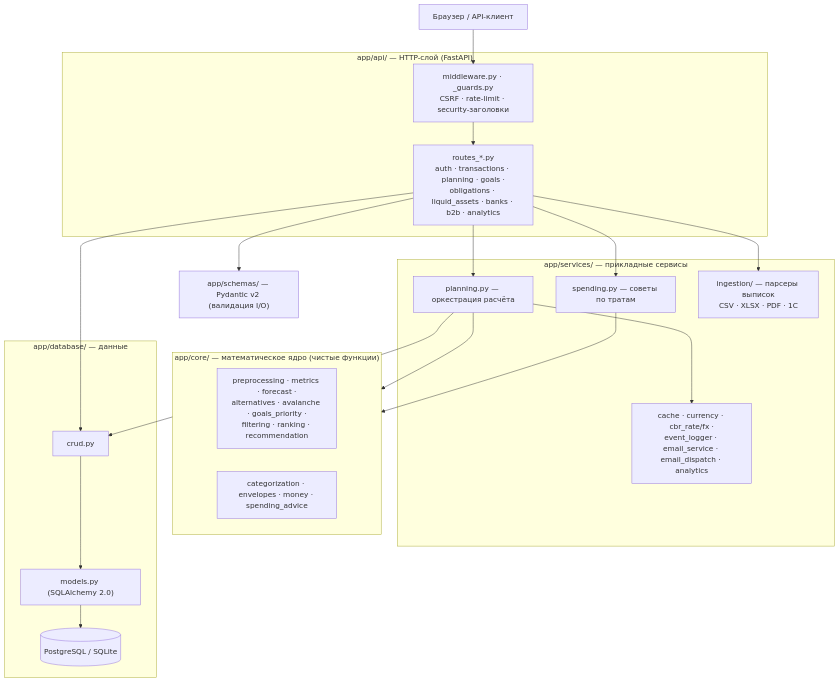
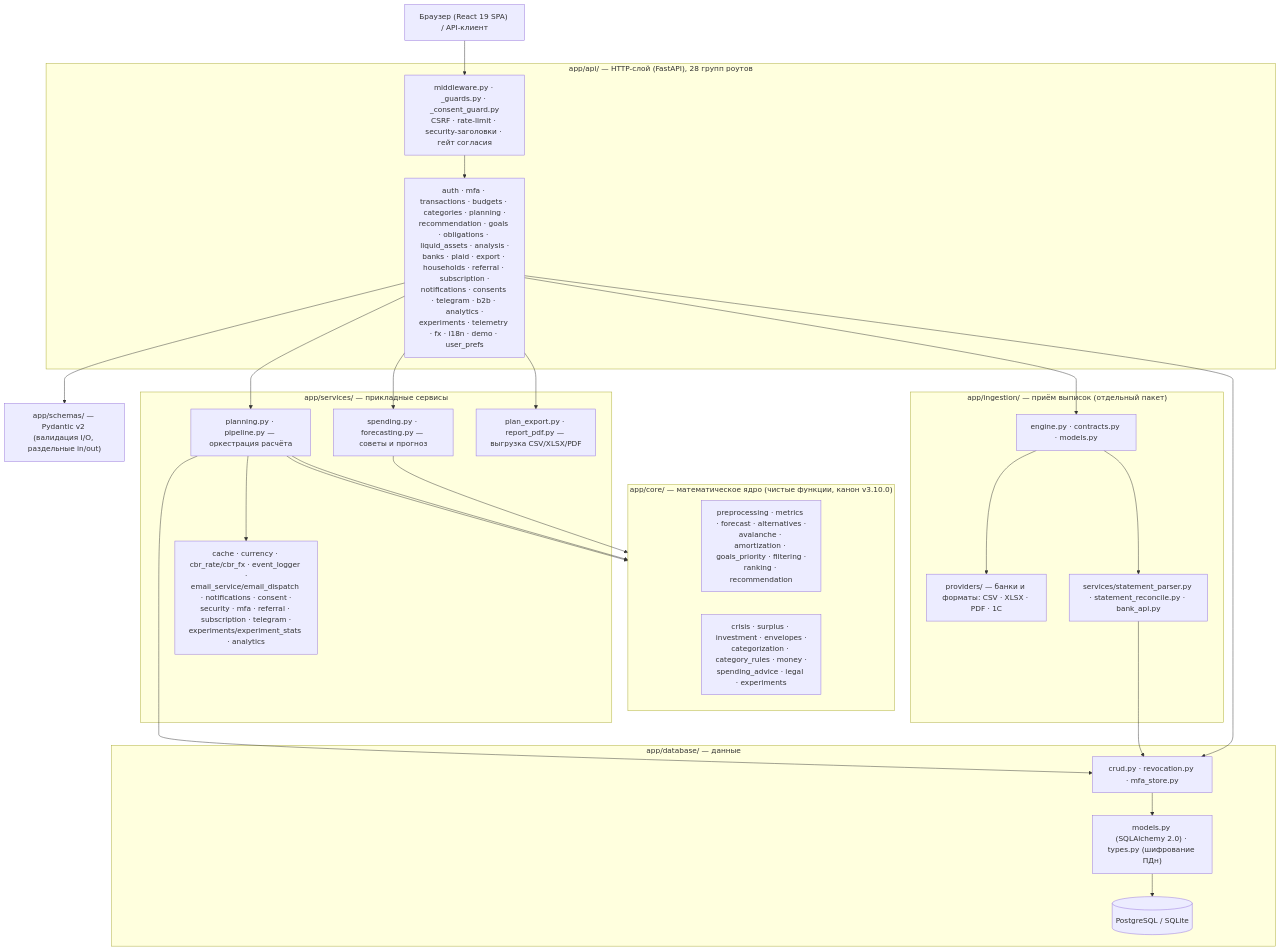
Before and after one commit to vevdokimovm/personal-finance-dss: the first of 2 diagrams in README.md, drawn with Mermaid. The commit also changed other lines of this file and 59 other files, not shown here.

Commit message:
personal-finance-dss v9.13.3 — ВЛ-29 закрыт: гейты судят по публикуемому контуру, блокирующие джобы CI зелёные, README и диаграммы приведены к коду

````diff
--- a/README.md
+++ b/README.md
@@ -93,42 +94,53 @@
 ```mermaid
 flowchart TD
-    Client["Браузер / API-клиент"]
+    Client["Браузер (React 19 SPA) / API-клиент"]
 
-    subgraph HTTP["app/api/ — HTTP-слой (FastAPI)"]
-        Routes["routes_*.py<br/>auth · transactions · planning · goals ·<br/>obligations · liquid_assets · banks · b2b · analytics"]
-        MW["middleware.py · _guards.py<br/>CSRF · rate-limit · security-заголовки"]
+    subgraph HTTP["app/api/ — HTTP-слой (FastAPI), 28 групп роутов"]
+        Routes["auth · mfa · transactions · budgets · categories · planning ·<br/>recommendation · goals · obligations · liquid_assets · analysis ·<br/>banks · plaid · export · households · referral · subscription ·<br/>notifications · consents · telegram · b2b · analytics ·<br/>experiments · telemetry · fx · i18n · demo · user_prefs"]
+        MW["middleware.py · _guards.py · _consent_guard.py<br/>CSRF · rate-limit · security-заголовки · гейт согласия"]
     end
 
     subgraph SVC["app/services/ — прикладные сервисы"]
-        Planning["planning.py — оркестрация расчёта"]
-        Spending["spending.py — советы по тратам"]
-        Ingestion["ingestion/ — парсеры выписок<br/>CSV · XLSX · PDF · 1C"]
-        Infra["cache · currency · cbr_rate/fx ·<br/>event_logger · email_service · email_dispatch · analytics"]
+        Planning["planning.py · pipeline.py — оркестрация расчёта"]
+        Spending["spending.py · forecasting.py — советы и прогноз"]
+        Docs2["plan_export.py · report_pdf.py — выгрузка CSV/XLSX/PDF"]
+        Infra["cache · currency · cbr_rate/cbr_fx · event_logger ·<br/>email_service/email_dispatch · notifications · consent ·<br/>security · mfa · referral · subscription · telegram ·<br/>experiments/experiment_stats · analytics"]
     end
 
-    subgraph CORE["app/core/ — математическое ядро (чистые функции)"]
+    subgraph ING["app/ingestion/ — приём выписок (отдельный пакет)"]
+        Engine["engine.py · contracts.py · models.py"]
+        Providers["providers/ — банки и форматы: CSV · XLSX · PDF · 1C"]
+        Reconcile["services/statement_parser.py · statement_reconcile.py · bank_api.py"]
+    end
+
+    subgraph CORE["app/core/ — математическое ядро (чистые функции, канон v3.10.0)"]
         direction LR
-        Pipeline["preprocessing · metrics · forecast ·<br/>alternatives · avalanche · goals_priority ·<br/>filtering · ranking · recommendation"]
-        Support["categorization · envelopes · money · spending_advice"]
+        Pipeline["preprocessing · metrics · forecast · alternatives ·<br/>avalanche · amortization · goals_priority · filtering ·<br/>ranking · recommendation"]
+        Support["crisis · surplus · investment · envelopes ·<br/>categorization · category_rules · money ·<br/>spending_advice · legal · experiments"]
     end
 
     subgraph DATA["app/database/ — данные"]
-        CRUD["crud.py"]
-        Models["models.py (SQLAlchemy 2.0)"]
+        CRUD["crud.py · revocation.py · mfa_store.py"]
+        Models["models.py (SQLAlchemy 2.0) · types.py (шифрование ПДн)"]
         DB[("PostgreSQL / SQLite")]
     end
 
-    Schemas["app/schemas/ — Pydantic v2 (валидация I/O)"]
+    Schemas["app/schemas/ — Pydantic v2 (валидация I/O, раздельные in/out)"]
 
     Client --> MW --> Routes
     Routes --> Schemas
     Routes --> Planning
     Routes --> Spending
-    Routes --> Ingestion
+    Routes --> Docs2
+    Routes --> Engine
     Routes --> CRUD
+    Engine --> Providers
+    Engine --> Reconcile
+    Reconcile --> CRUD
     Planning --> Pipeline
+    Planning --> Support
     Planning --> CRUD
     Planning --> Infra
     Spending --> Support
     CRUD --> Models --> DB
 ```
````
